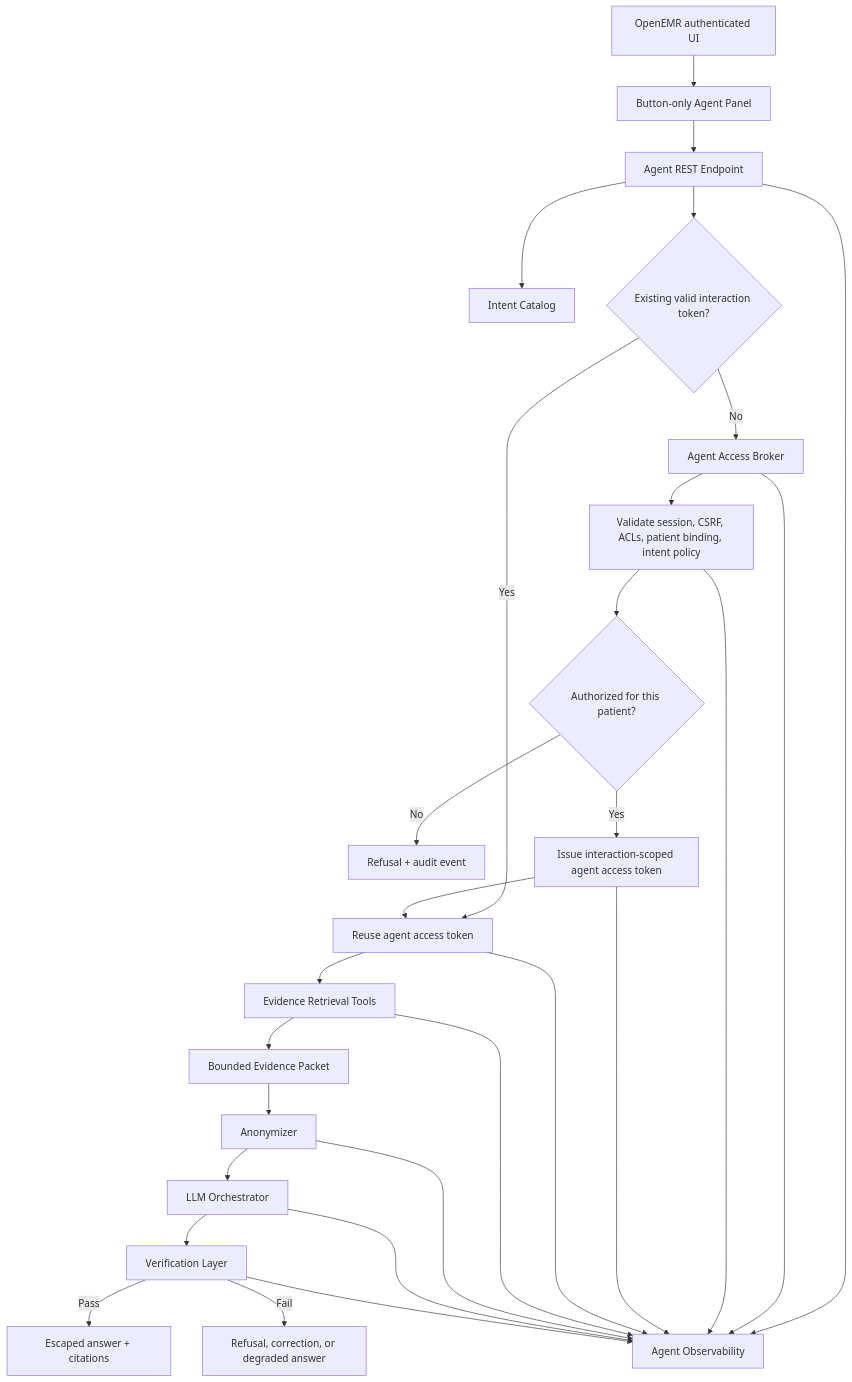
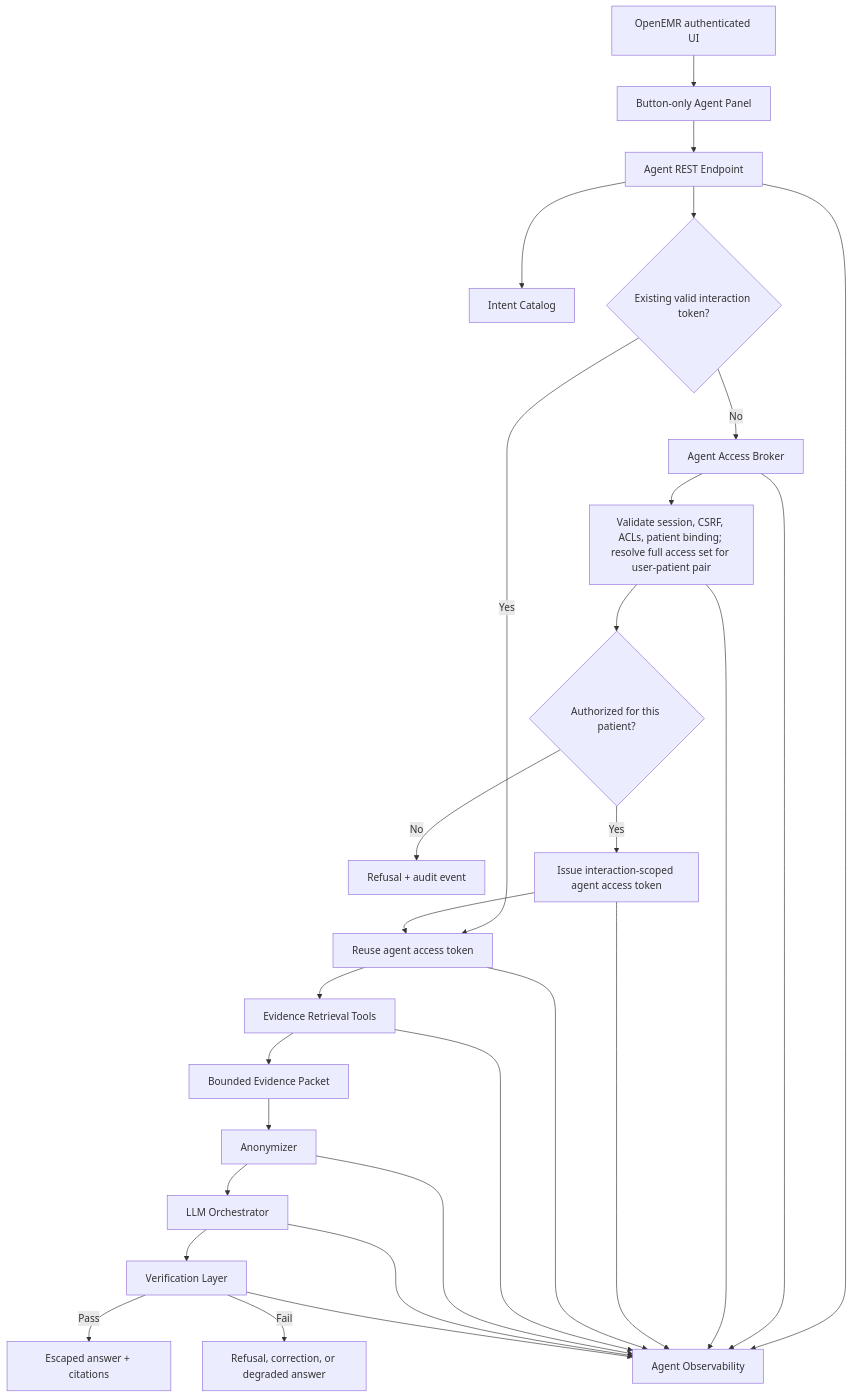
One commit to stick109/openemr changed the diagram in ARCHITECTURE.md. Above: the diagram before and after it, drawn with Mermaid. The commit also changed other lines of this file and 5 other files, not shown here.

````diff
--- a/ARCHITECTURE.md
+++ b/ARCHITECTURE.md
@@ -136,30 +136,30 @@
 ```mermaid
 flowchart TD
     A["OpenEMR authenticated UI"] --> B["Button-only Agent Panel"]
     B --> C["Agent REST Endpoint"]
     C --> D["Intent Catalog"]
     C --> P{"Existing valid interaction token?"}
     P -->|No| E["Agent Access Broker"]
-    E --> V["Validate session, CSRF, ACLs, patient binding, intent policy"]
+    E --> V["Validate session, CSRF, ACLs, patient binding; resolve full access set for user-patient pair"]
     V --> F{"Authorized for this patient?"}
     F -->|No| G["Refusal + audit event"]
     F -->|Yes| T["Issue interaction-scoped agent access token"]
     P -->|Yes| U["Reuse agent access token"]
     T --> U
     U --> H["Evidence Retrieval Tools"]
     H --> I["Bounded Evidence Packet"]
     I --> O["Anonymizer"]
     O --> J["LLM Orchestrator"]
     J --> K["Verification Layer"]
     K -->|Pass| L["Escaped answer + citations"]
     K -->|Fail| M["Refusal, correction, or degraded answer"]
     C --> N["Agent Observability"]
     E --> N
     V --> N
     T --> N
     U --> N
     H --> N
     O --> N
     J --> N
     K --> N
 ```
````
